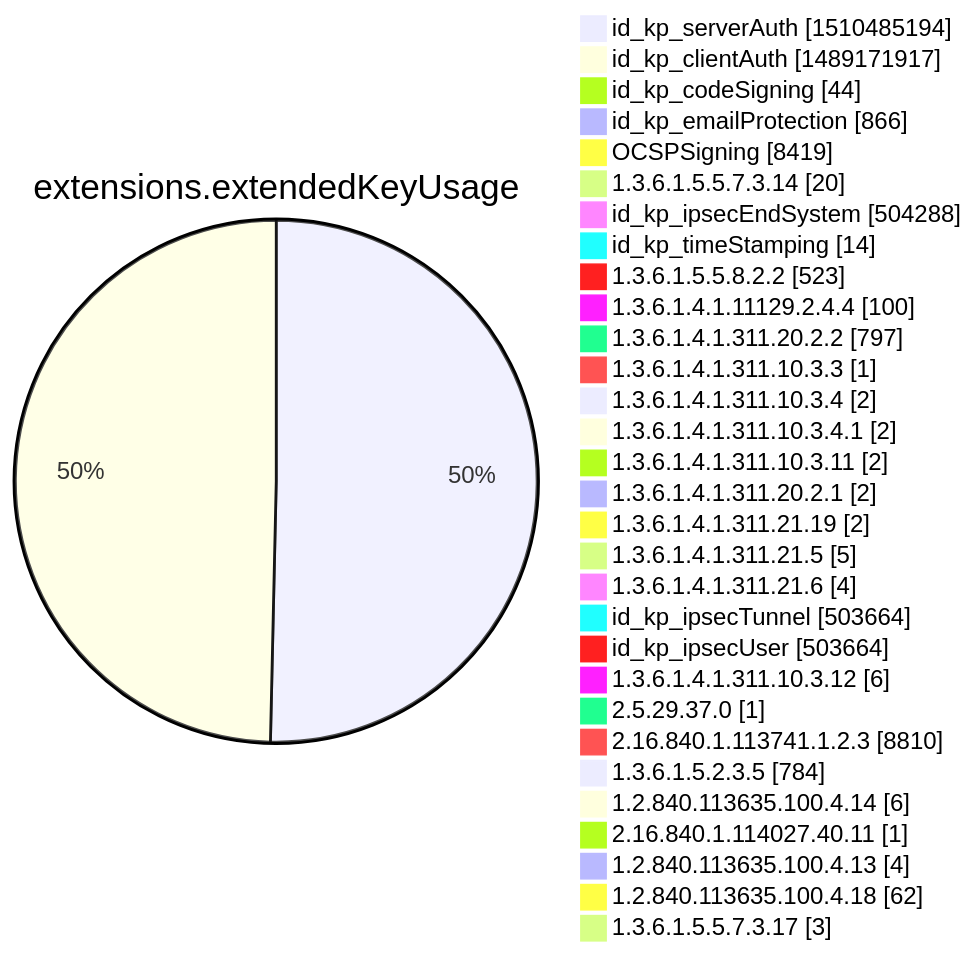
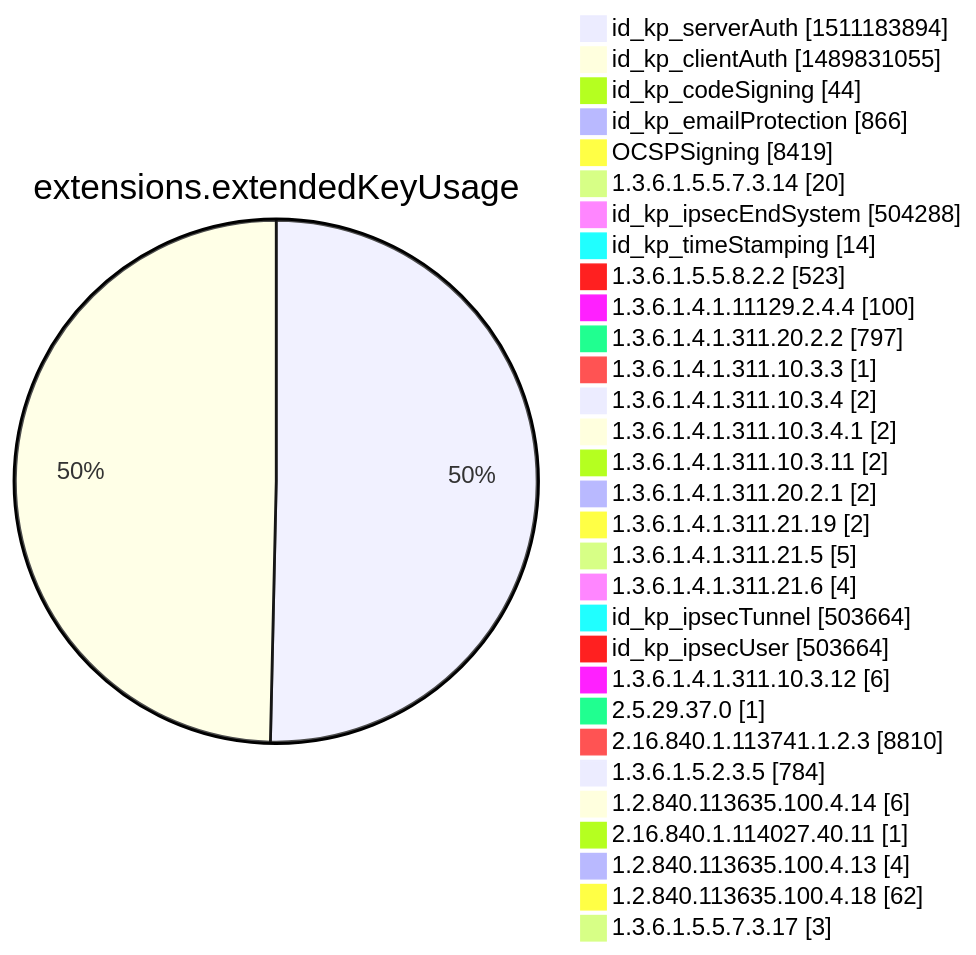
Diagram 12 of 15 in argon2022/README.md (christiankrug/ctmonitor_visualization), drawn with Mermaid before and after one commit. The commit also changed other lines of this file, not shown here.

````diff
--- a/argon2022/README.md
+++ b/argon2022/README.md
@@ -3555,34 +3555,34 @@
 ```mermaid
 pie showData
 title extensions.extendedKeyUsage
-"id_kp_serverAuth" :1510485194
-"id_kp_clientAuth" :1489171917
+"id_kp_serverAuth" :1511183894
+"id_kp_clientAuth" :1489831055
 "id_kp_codeSigning" :44
 "id_kp_emailProtection" :866
 "OCSPSigning" :8419
 "1.3.6.1.5.5.7.3.14" :20
 "id_kp_ipsecEndSystem" :504288
 "id_kp_timeStamping" :14
 "1.3.6.1.5.5.8.2.2" :523
 "1.3.6.1.4.1.11129.2.4.4" :100
 "1.3.6.1.4.1.311.20.2.2" :797
 "1.3.6.1.4.1.311.10.3.3" :1
 "1.3.6.1.4.1.311.10.3.4" :2
 "1.3.6.1.4.1.311.10.3.4.1" :2
 "1.3.6.1.4.1.311.10.3.11" :2
 "1.3.6.1.4.1.311.20.2.1" :2
 "1.3.6.1.4.1.311.21.19" :2
 "1.3.6.1.4.1.311.21.5" :5
 "1.3.6.1.4.1.311.21.6" :4
 "id_kp_ipsecTunnel" :503664
 "id_kp_ipsecUser" :503664
 "1.3.6.1.4.1.311.10.3.12" :6
 "2.5.29.37.0" :1
 "2.16.840.1.113741.1.2.3" :8810
 "1.3.6.1.5.2.3.5" :784
 "1.2.840.113635.100.4.14" :6
 "2.16.840.1.114027.40.11" :1
 "1.2.840.113635.100.4.13" :4
 "1.2.840.113635.100.4.18" :62
 "1.3.6.1.5.5.7.3.17" :3
 ```
````
